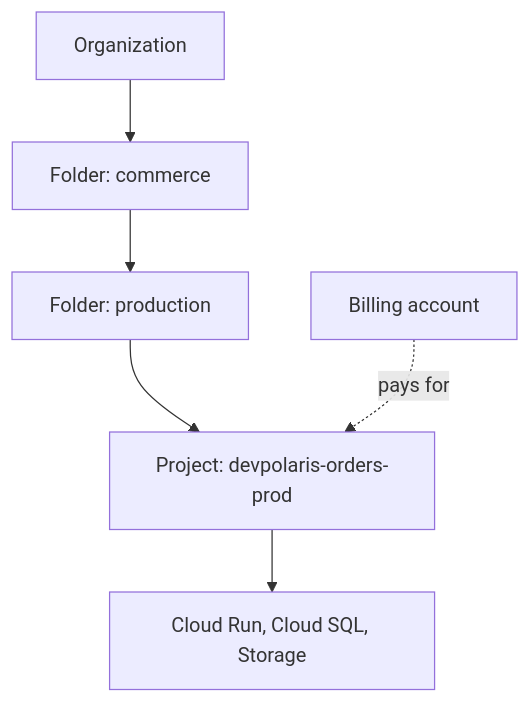
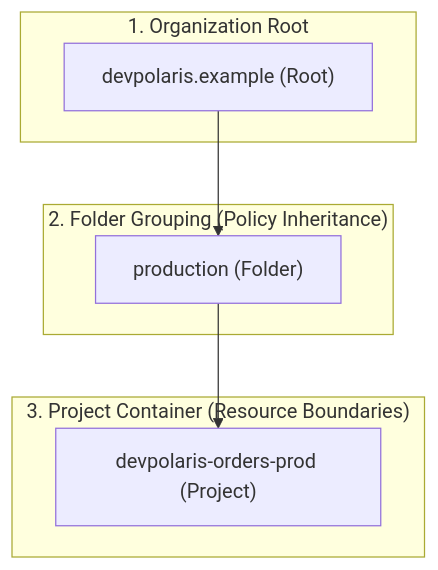
One commit to senlinyy/dev-roadmaps changed the diagram in cloud-providers/gcp/foundations/projects-billing-and-regions.md. Above: the diagram before and after it, drawn with Mermaid. The commit also changed other lines of this file and 530 other files, not shown here.

````diff
--- a/cloud-providers/gcp/foundations/projects-billing-and-regions.md
+++ b/cloud-providers/gcp/foundations/projects-billing-and-regions.md
@@ -70,8 +36,15 @@
 ```mermaid
 flowchart TD
-    Org["Organization"] --> Commerce["Folder: commerce"]
-    Commerce --> Prod["Folder: production"]
-    Prod --> Project["Project: devpolaris-orders-prod"]
-    Project --> Resources["Cloud Run, Cloud SQL, Storage"]
-    Billing["Billing account"] -. pays for .-> Project
+    subgraph OrgScope["1. Organization Root"]
+        OrgNode["devpolaris.example (Root)"]
+    end
+    subgraph FoldersScope["2. Folder Grouping (Policy Inheritance)"]
+        FolderProd["production (Folder)"]
+    end
+    subgraph ProjectsScope["3. Project Container (Resource Boundaries)"]
+        ProjectOrders["devpolaris-orders-prod (Project)"]
+    end
+
+    OrgNode --> FolderProd
+    FolderProd --> ProjectOrders
 ```
````
